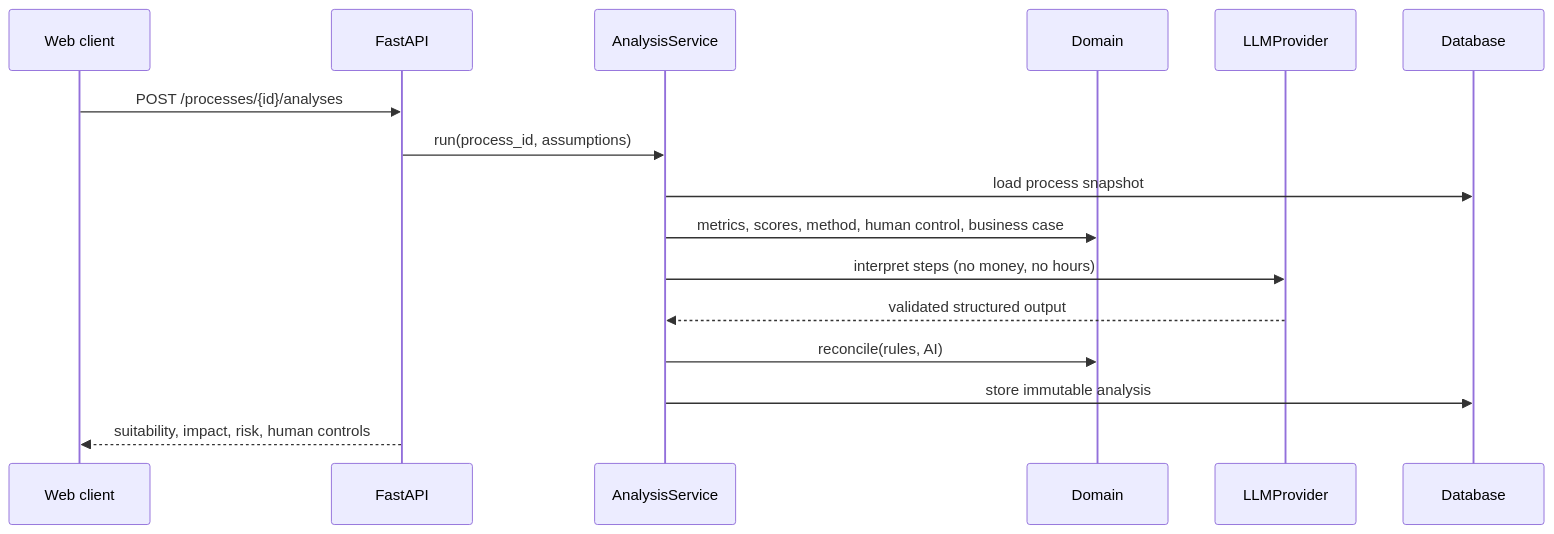
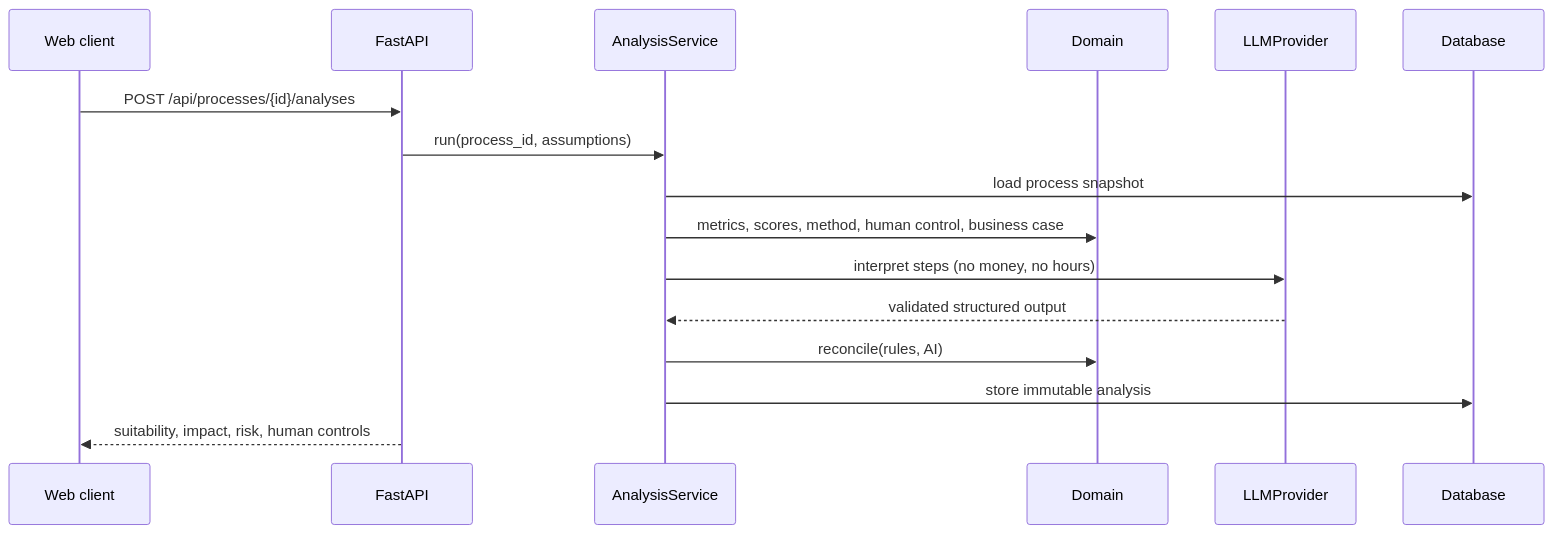
Before and after one commit to SebastianLazarte/ai-process-discovery: the second of 2 diagrams in README.md, drawn with Mermaid. The commit also changed other lines of this file and 55 other files, not shown here.

````diff
--- a/README.md
+++ b/README.md
@@ -83,18 +85,18 @@
 ```mermaid
 sequenceDiagram
     participant UI as Web client
     participant API as FastAPI
     participant A as AnalysisService
     participant D as Domain
     participant L as LLMProvider
     participant DB as Database
-    UI->>API: POST /processes/{id}/analyses
+    UI->>API: POST /api/processes/{id}/analyses
     API->>A: run(process_id, assumptions)
     A->>DB: load process snapshot
     A->>D: metrics, scores, method, human control, business case
     A->>L: interpret steps (no money, no hours)
     L-->>A: validated structured output
     A->>D: reconcile(rules, AI)
     A->>DB: store immutable analysis
     API-->>UI: suitability, impact, risk, human controls
 ```
````
